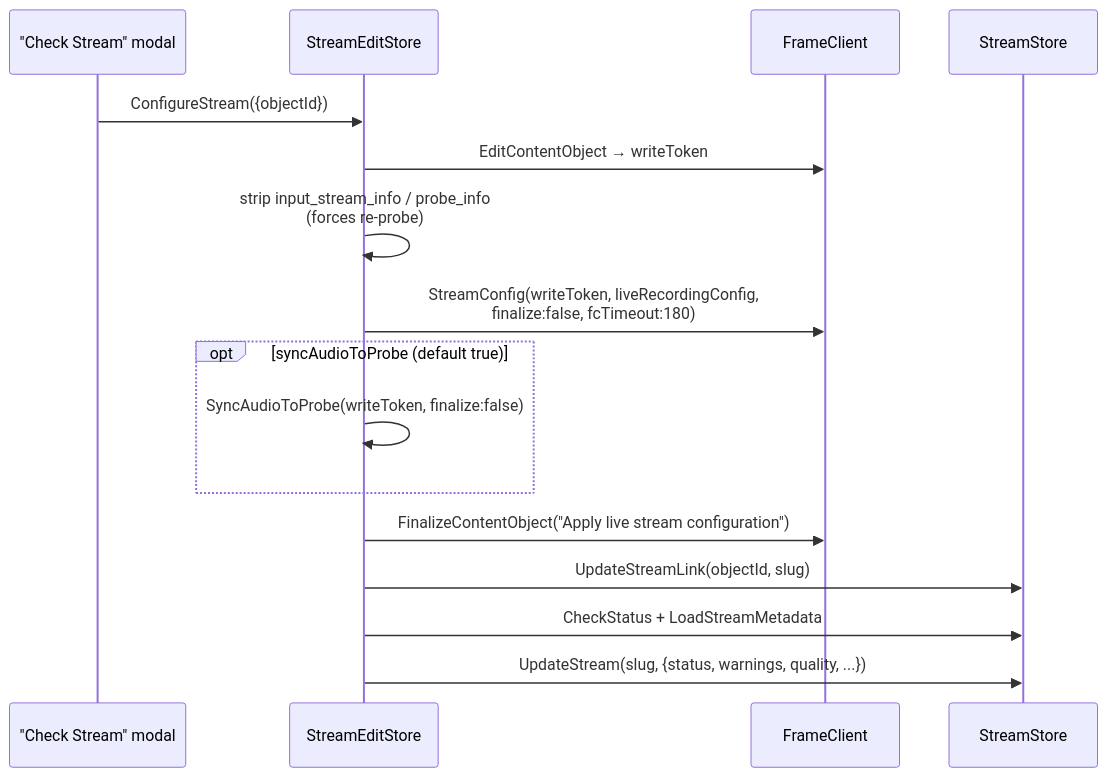
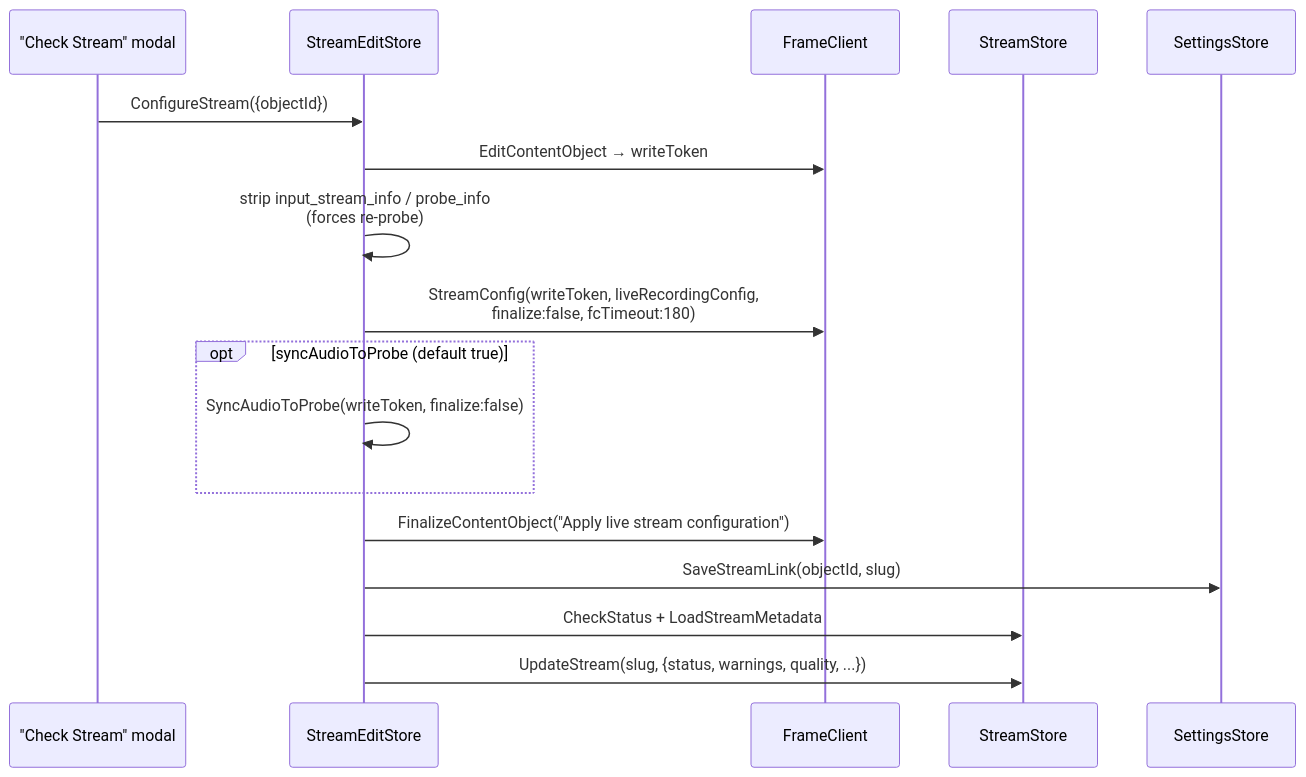
One commit to eluv-io/elv-live-stream changed the second of 4 diagrams in docs/diagrams/stream-lifecycle.md. Above: the diagram before and after it, drawn with Mermaid. The commit also changed 38 other files, not shown here.

Commit message:
Rename SiteStore to SettingsStore ; move site settings out of DataStore

````diff
--- a/docs/diagrams/stream-lifecycle.md
+++ b/docs/diagrams/stream-lifecycle.md
@@ -30,19 +30,20 @@
 ```mermaid
 sequenceDiagram
     participant UI as "Check Stream" modal
     participant StreamEditStore
     participant FrameClient
     participant StreamStore
+    participant SettingsStore
 
     UI->>StreamEditStore: ConfigureStream({objectId})
     StreamEditStore->>FrameClient: EditContentObject → writeToken
     StreamEditStore->>StreamEditStore: strip input_stream_info / probe_info<br/>(forces re-probe)
     StreamEditStore->>FrameClient: StreamConfig(writeToken, liveRecordingConfig,<br/>finalize:false, fcTimeout:180)
     opt syncAudioToProbe (default true)
         StreamEditStore->>StreamEditStore: SyncAudioToProbe(writeToken, finalize:false)
     end
     StreamEditStore->>FrameClient: FinalizeContentObject("Apply live stream configuration")
-    StreamEditStore->>StreamStore: UpdateStreamLink(objectId, slug)
+    StreamEditStore->>SettingsStore: SaveStreamLink(objectId, slug)
     StreamEditStore->>StreamStore: CheckStatus + LoadStreamMetadata
     StreamEditStore->>StreamStore: UpdateStream(slug, {status, warnings, quality, ...})
 ```
````
